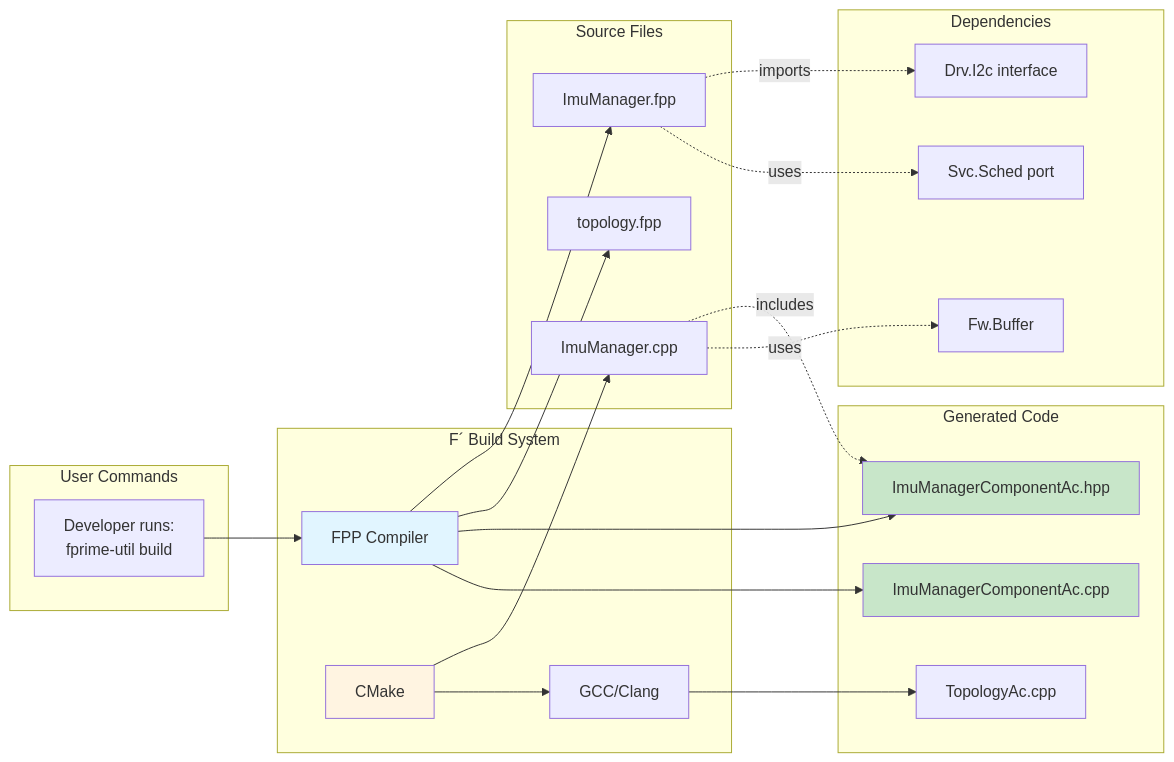
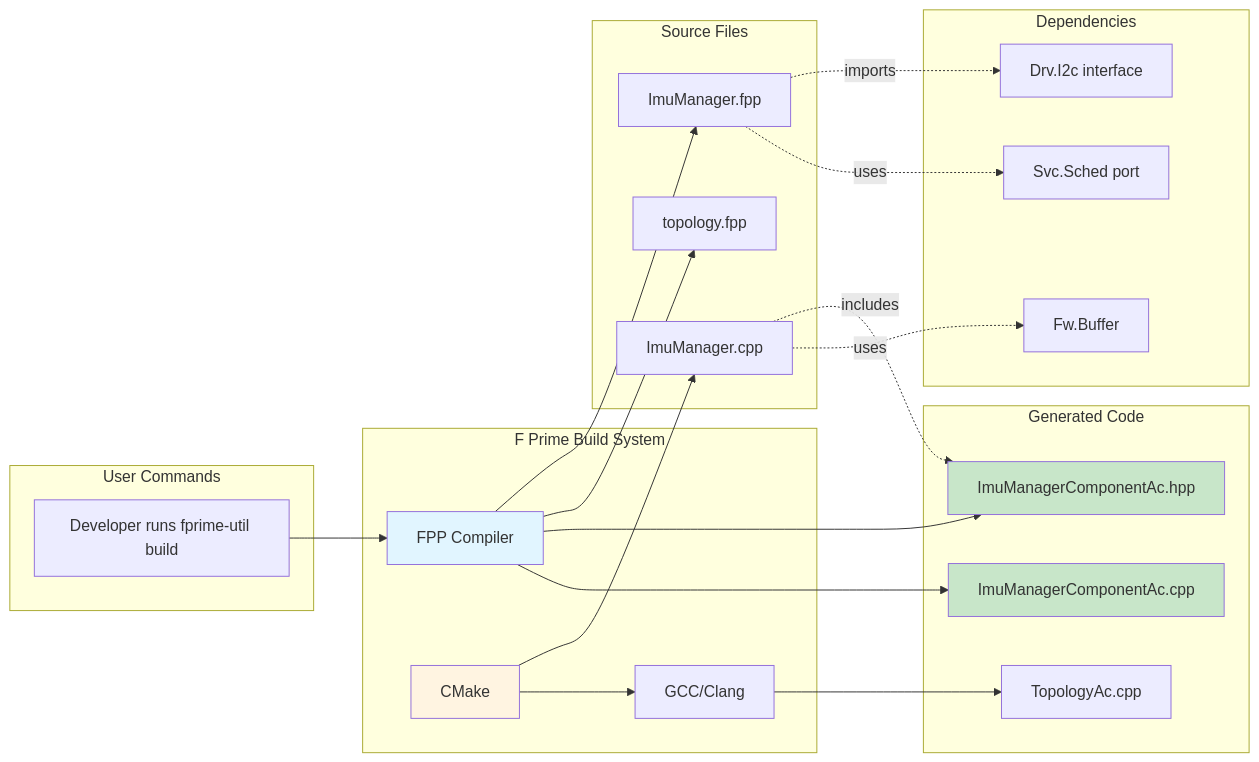
The fifth of 6 diagrams in docs/diagrams/transitive-chains.md (Lizo-RoadTown/PROVES_LIBRARY), drawn with Mermaid before and after one commit.

Commit message:
Fix Chain 4 flowchart - remove colons and line breaks

````diff
--- a/docs/diagrams/transitive-chains.md
+++ b/docs/diagrams/transitive-chains.md
@@ -341,50 +341,50 @@
 ```mermaid
 flowchart LR
     subgraph "User Commands"
-        USER[Developer runs:<br/>fprime-util build]
+        USER[Developer runs fprime-util build]
     end
 
-    subgraph "F´ Build System"
+    subgraph "F Prime Build System"
         FPP[FPP Compiler]
         CMAKE[CMake]
         GCC[GCC/Clang]
     end
 
     subgraph "Source Files"
         FPP_SRC[ImuManager.fpp]
         CPP_SRC[ImuManager.cpp]
         TOPO[topology.fpp]
     end
 
     subgraph "Generated Code"
         AC_HPP[ImuManagerComponentAc.hpp]
         AC_CPP[ImuManagerComponentAc.cpp]
         TOPO_CPP[TopologyAc.cpp]
     end
 
     subgraph "Dependencies"
         DRV_I2C[Drv.I2c interface]
         SVC_SCHED[Svc.Sched port]
         FW_BUF[Fw.Buffer]
     end
 
     USER --> FPP
     FPP --> FPP_SRC
     FPP --> TOPO
     FPP_SRC -.->|imports| DRV_I2C
     FPP_SRC -.->|uses| SVC_SCHED
     FPP --> AC_HPP
     FPP --> AC_CPP
 
     CMAKE --> CPP_SRC
     CPP_SRC -.->|includes| AC_HPP
     CPP_SRC -.->|uses| FW_BUF
 
     CMAKE --> GCC
     GCC --> TOPO_CPP
 
     style FPP fill:#e1f5ff
     style CMAKE fill:#fff4e1
     style AC_HPP fill:#c8e6c9
     style AC_CPP fill:#c8e6c9
 ```
````
